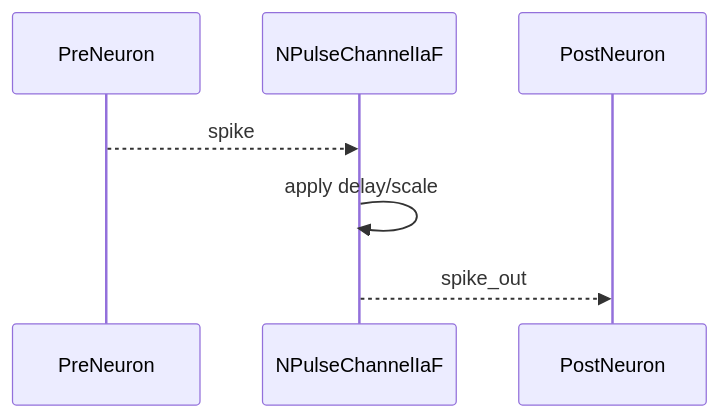
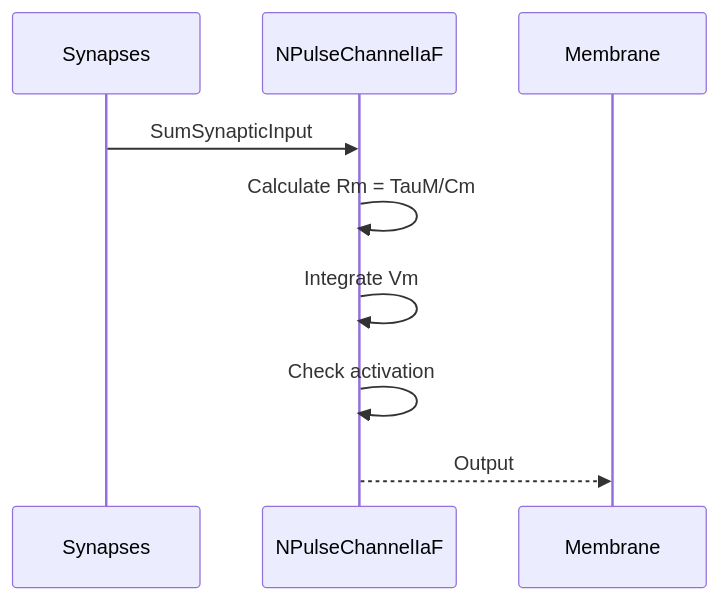
The seventh of 10 diagrams in Docs/Components/NPulseChannelIaF.md (aicommunity/Nmsdk-PulseLib), drawn with Mermaid before and after one commit. The commit also changed other lines of this file and 196 other files, not shown here.

````diff
--- a/Docs/Components/NPulseChannelIaF.md
+++ b/Docs/Components/NPulseChannelIaF.md
@@ -28,9 +349,12 @@
 ```mermaid
 sequenceDiagram
-    participant Pre as PreNeuron
-    participant Ch as NPulseChannelIaF
-    participant Post as PostNeuron
-    Pre-->>Ch: spike
-    Ch->>Ch: apply delay/scale
-    Ch-->>Post: spike_out
+    participant Synapses
+    participant Channel as NPulseChannelIaF
+    participant Membrane
+    
+    Synapses->>Channel: SumSynapticInput
+    Channel->>Channel: Calculate Rm = TauM/Cm
+    Channel->>Channel: Integrate Vm
+    Channel->>Channel: Check activation
+    Channel-->>Membrane: Output
 ```
````
